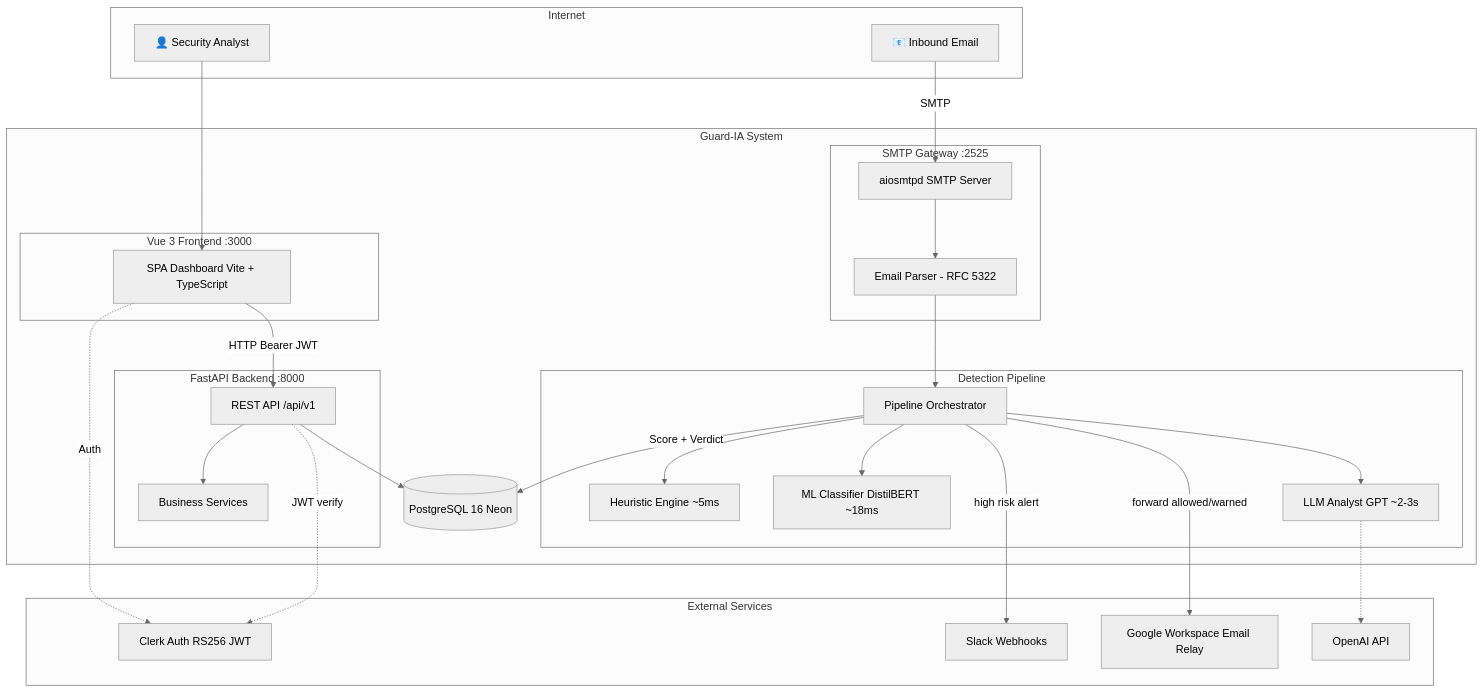
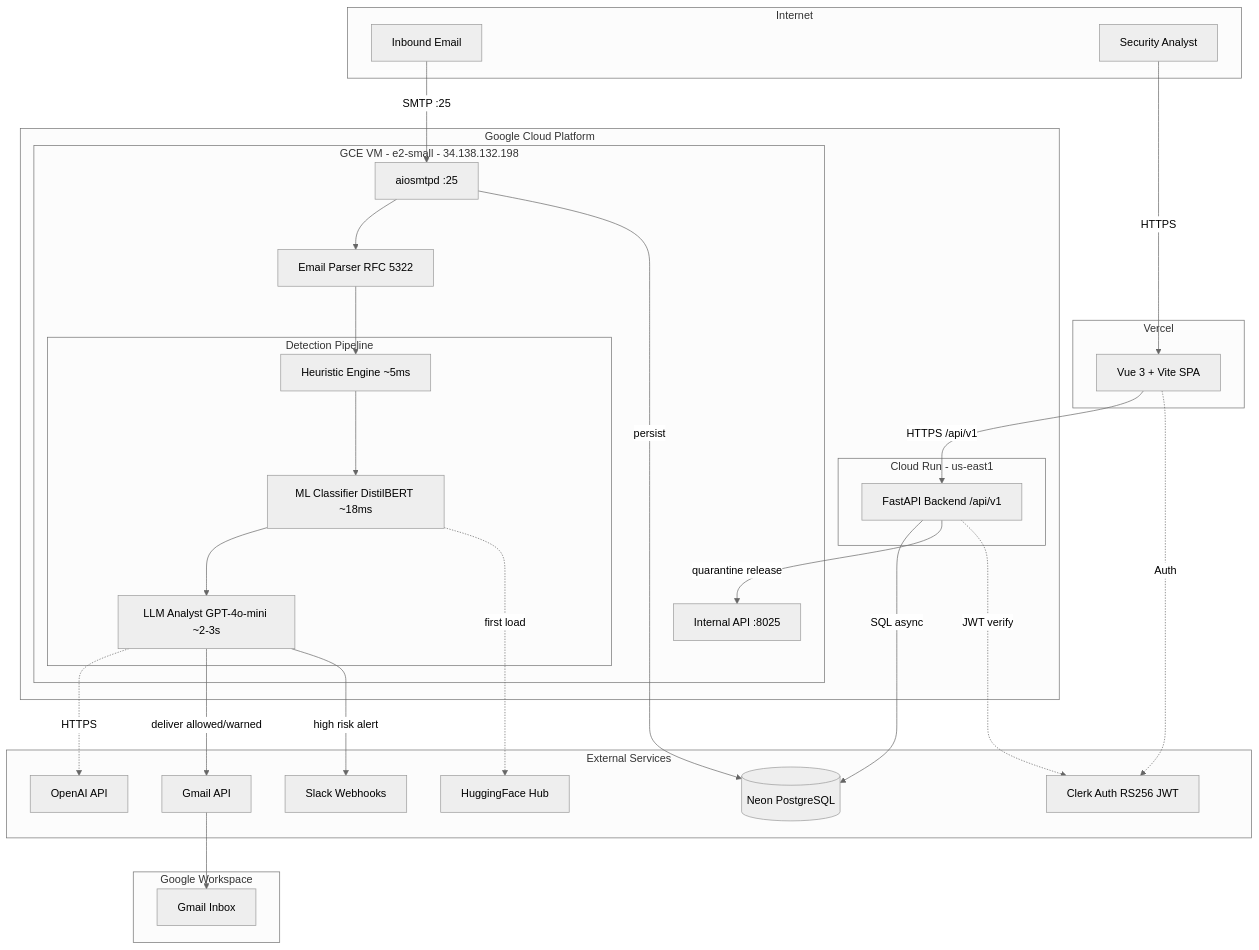
One commit to sogliano/guardia changed the first of 8 diagrams in docs/ARCHITECTURE.md. Above: the diagram before and after it, drawn with Mermaid (neutral theme). The commit also changed other lines of this file and 32 other files, not shown here.

First line of the commit message:
Gmail API delivery, internal API, quarantine release flow (#11)

````diff
--- a/docs/ARCHITECTURE.md
+++ b/docs/ARCHITECTURE.md
@@ -40,57 +40,57 @@
 ```mermaid
 graph TB
     subgraph Internet
-        EMAIL["📧 Inbound Email"]
-        ANALYST["👤 Security Analyst"]
+        EMAIL["Inbound Email"]
+        ANALYST["Security Analyst"]
     end
 
-    subgraph GUARDIA["Guard-IA System"]
-        subgraph Gateway["SMTP Gateway :2525"]
-            SMTP["aiosmtpd SMTP Server"]
-            PARSER["Email Parser - RFC 5322"]
+    subgraph GCP["Google Cloud Platform"]
+        subgraph VM["GCE VM - e2-small - 34.138.132.198"]
+            SMTP["aiosmtpd :25"]
+            PARSER["Email Parser RFC 5322"]
+            subgraph Pipeline["Detection Pipeline"]
+                HEUR["Heuristic Engine ~5ms"]
+                MLCLS["ML Classifier DistilBERT ~18ms"]
+                LLMEXP["LLM Analyst GPT-4o-mini ~2-3s"]
+            end
+            INTAPI["Internal API :8025"]
         end
 
-        subgraph Pipeline["Detection Pipeline"]
-            ORCH["Pipeline Orchestrator"]
-            HEUR["Heuristic Engine ~5ms"]
-            ML["ML Classifier DistilBERT ~18ms"]
-            LLM["LLM Analyst GPT ~2-3s"]
+        subgraph CloudRun["Cloud Run - us-east1"]
+            API["FastAPI Backend /api/v1"]
         end
+    end
 
-        subgraph Backend["FastAPI Backend :8000"]
-            API["REST API /api/v1"]
-            SERVICES["Business Services"]
-        end
+    subgraph Vercel
+        SPA["Vue 3 + Vite SPA"]
+    end
 
-        subgraph Frontend["Vue 3 Frontend :3000"]
-            SPA["SPA Dashboard Vite + TypeScript"]
-        end
-
-        DB[("PostgreSQL 16 Neon")]
+    subgraph GWS["Google Workspace"]
+        INBOX["Gmail Inbox"]
     end
 
     subgraph External["External Services"]
+        DB[("Neon PostgreSQL")]
         CLERK["Clerk Auth RS256 JWT"]
+        OPENAI["OpenAI API"]
+        GMAIL_API["Gmail API"]
+        HF["HuggingFace Hub"]
         SLACK["Slack Webhooks"]
-        GOOGLE["Google Workspace Email Relay"]
-        OPENAI["OpenAI API"]
     end
 
-    EMAIL -->|SMTP| SMTP
-    SMTP --> PARSER
-    PARSER --> ORCH
-    ORCH --> HEUR
-    ORCH --> ML
-    ORCH --> LLM
-    LLM -.-> OPENAI
-    ORCH -->|Score + Verdict| DB
-    ORCH -->|"forward allowed/warned"| GOOGLE
-    ORCH -->|"high risk alert"| SLACK
+    EMAIL -->|"SMTP :25"| SMTP
+    SMTP --> PARSER --> HEUR --> MLCLS --> LLMEXP
+    LLMEXP -.->|HTTPS| OPENAI
+    MLCLS -.->|"first load"| HF
+    SMTP -->|persist| DB
+    LLMEXP -->|"deliver allowed/warned"| GMAIL_API
+    GMAIL_API --> INBOX
+    LLMEXP -->|"high risk alert"| SLACK
 
-    API --> DB
-    API --> SERVICES
-    SPA -->|"HTTP Bearer JWT"| API
-    ANALYST --> SPA
+    ANALYST -->|HTTPS| SPA
+    SPA -->|"HTTPS /api/v1"| API
+    API -->|"SQL async"| DB
+    API -->|"quarantine release"| INTAPI
     SPA -.->|Auth| CLERK
     API -.->|JWT verify| CLERK
 ```
````
